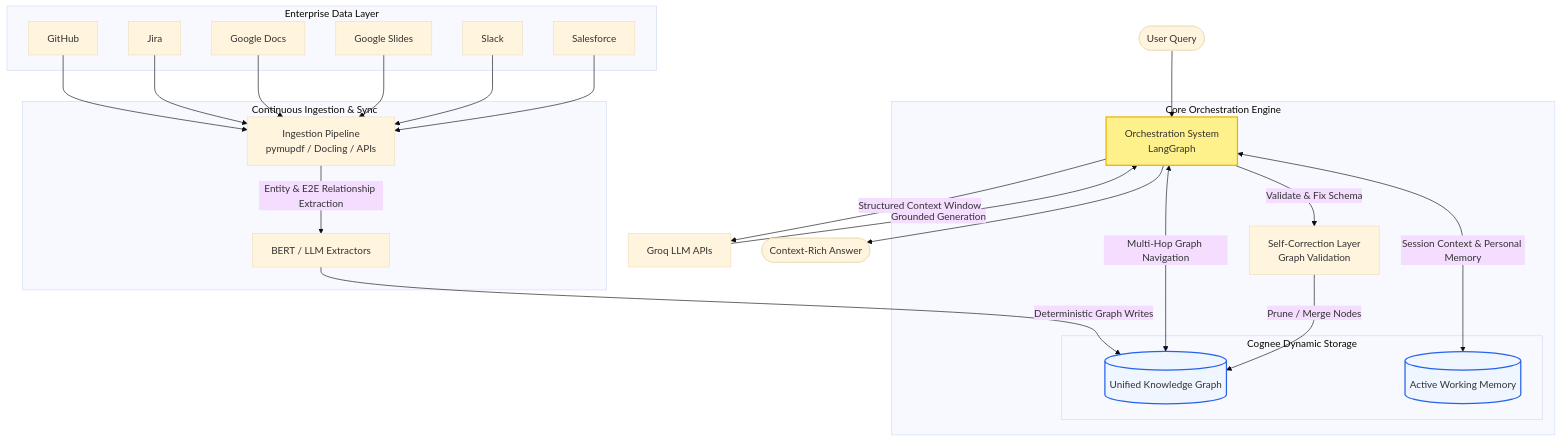
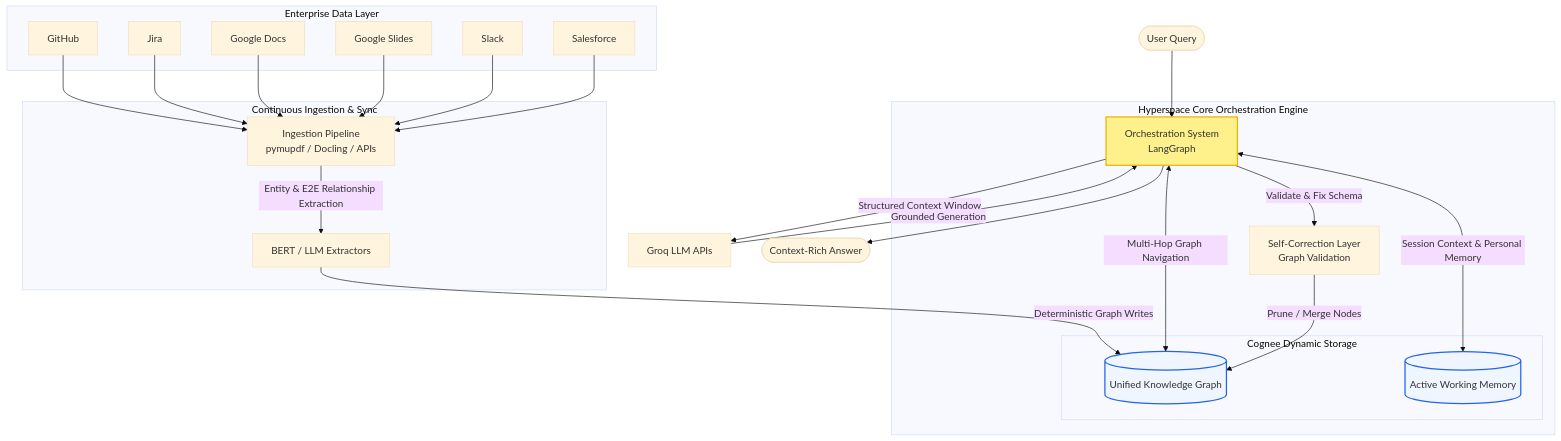
The first of 4 diagrams in README.md (swrno/hyperspace), drawn with Mermaid (base theme) before and after one commit. The commit also changed other lines of this file, not shown here.

Commit message:
fix: update README for clarity and consistency in describing Hyperspace features and user journey

````diff
--- a/README.md
+++ b/README.md
@@ -41,46 +43,46 @@
 ```mermaid
 graph TD
     %% Source Platforms
     subgraph Enterprise Data Layer
         GH[GitHub]
         JI[Jira]
         GD[Google Docs]
         GS[Google Slides]
         SL[Slack]
         SF[Salesforce]
     end
     %% Ingestion Pipeline
     subgraph Continuous Ingestion & Sync
         Pipe[Ingestion Pipeline <br/> pymupdf / Docling / APIs] --> |Entity & E2E Relationship Extraction| Inf[BERT / LLM Extractors]
     end
     %% Core Engine
-    subgraph Core Orchestration Engine
+    subgraph Hyperspace Core Orchestration Engine
         Orch[Orchestration System <br/> LangGraph]
       
         subgraph Cognee Dynamic Storage
             CogKG[(Unified Knowledge Graph)]
             CogMem[(Active Working Memory)]
         end
       
         SelfCorr[Self-Correction Layer <br/> Graph Validation]
     end
     %% LLM Layer
     Groq[Groq LLM APIs]
     %% Connectors
     GH & JI & GD & GS & SL & SF --> Pipe
     Inf -->|Deterministic Graph Writes| CogKG
   
     %% Retrieval flow
     User([User Query]) --> Orch
     Orch <-->|Multi-Hop Graph Navigation| CogKG
     Orch <-->|Session Context & Personal Memory| CogMem
     Orch -->|Validate & Fix Schema| SelfCorr
     SelfCorr -->|Prune / Merge Nodes| CogKG
   
     Orch -->|Structured Context Window| Groq
     Groq -->|Grounded Generation| Orch
     Orch --> Output([Context-Rich Answer])
     style CogKG fill:#eff6ff,stroke:#2563eb,stroke-width:2px
     style CogMem fill:#eff6ff,stroke:#2563eb,stroke-width:2px
     style Orch fill:#fef08a,stroke:#eab308,stroke-width:2px
 ```
````
